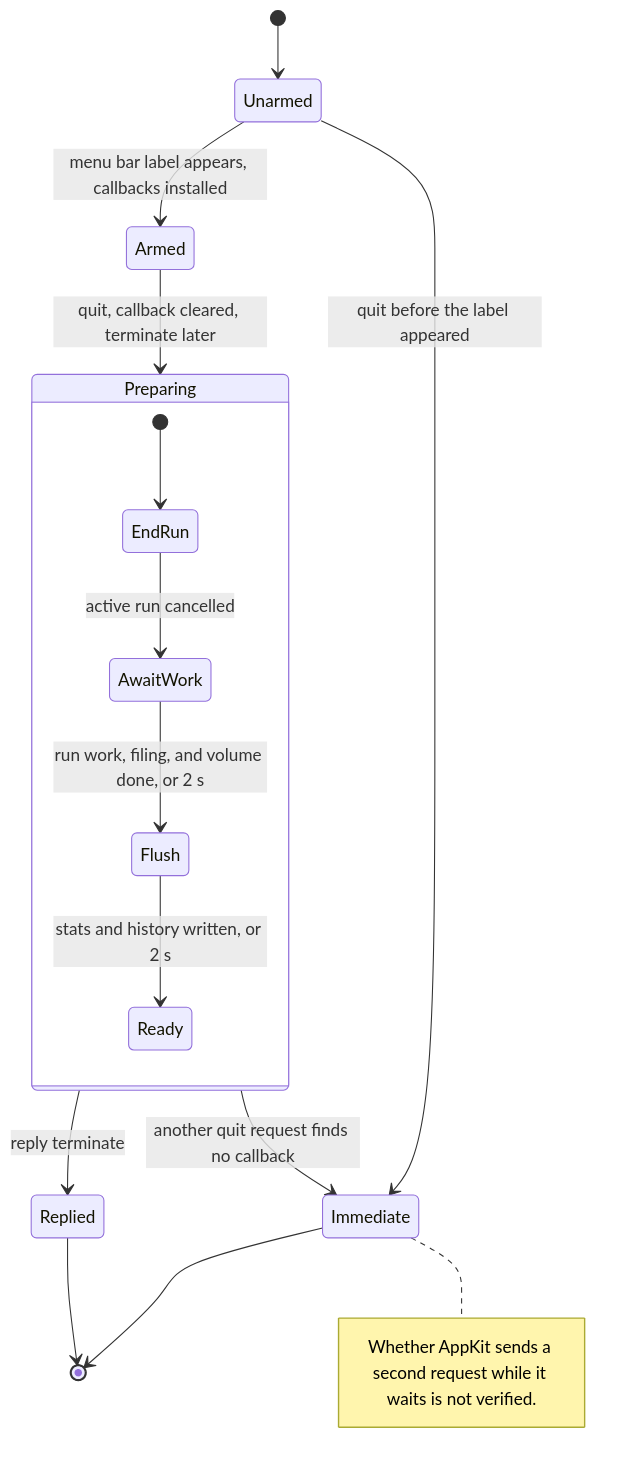
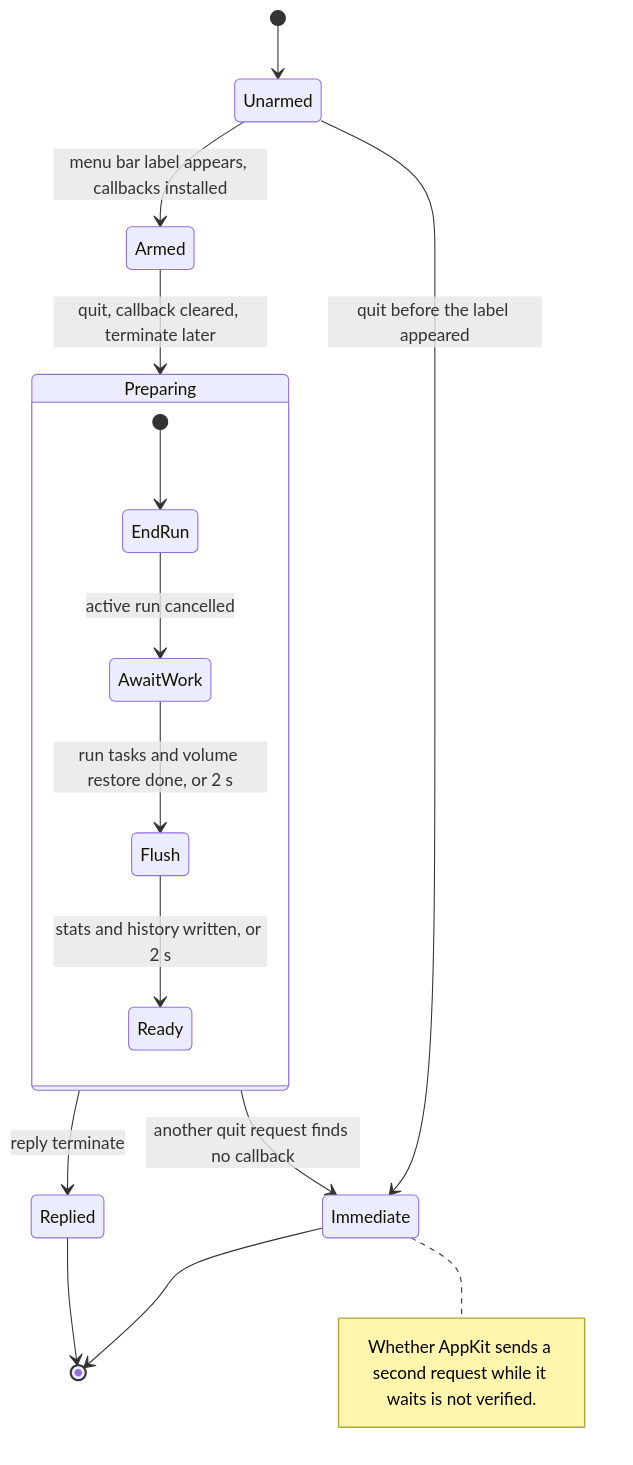
Diagram 45 of 46 in docs/state-machines/providers-persistence-shell.md (rafaelkupper/syrup), drawn with Mermaid before and after one commit. The commit also changed other lines of this file and 4 other files, not shown here.

````diff
--- a/docs/state-machines/providers-persistence-shell.md
+++ b/docs/state-machines/providers-persistence-shell.md
@@ -1677,20 +1592,20 @@
 ```mermaid
 stateDiagram-v2
     [*] --> Unarmed
     Unarmed --> Armed: menu bar label appears, callbacks installed
     Unarmed --> Immediate: quit before the label appeared
     Armed --> Preparing: quit, callback cleared, terminate later
     state Preparing {
         [*] --> EndRun
         EndRun --> AwaitWork: active run cancelled
-        AwaitWork --> Flush: run work, filing, and volume done, or 2 s
+        AwaitWork --> Flush: run tasks and volume restore done, or 2 s
         Flush --> Ready: stats and history written, or 2 s
     }
     Preparing --> Replied: reply terminate
     Preparing --> Immediate: another quit request finds no callback
     Replied --> [*]
     Immediate --> [*]
     note right of Immediate
         Whether AppKit sends a second request while it waits is not verified.
     end note
 ```
````
